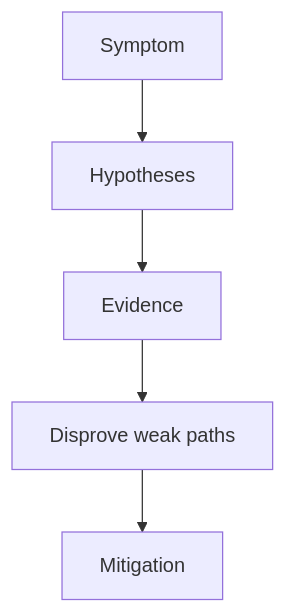
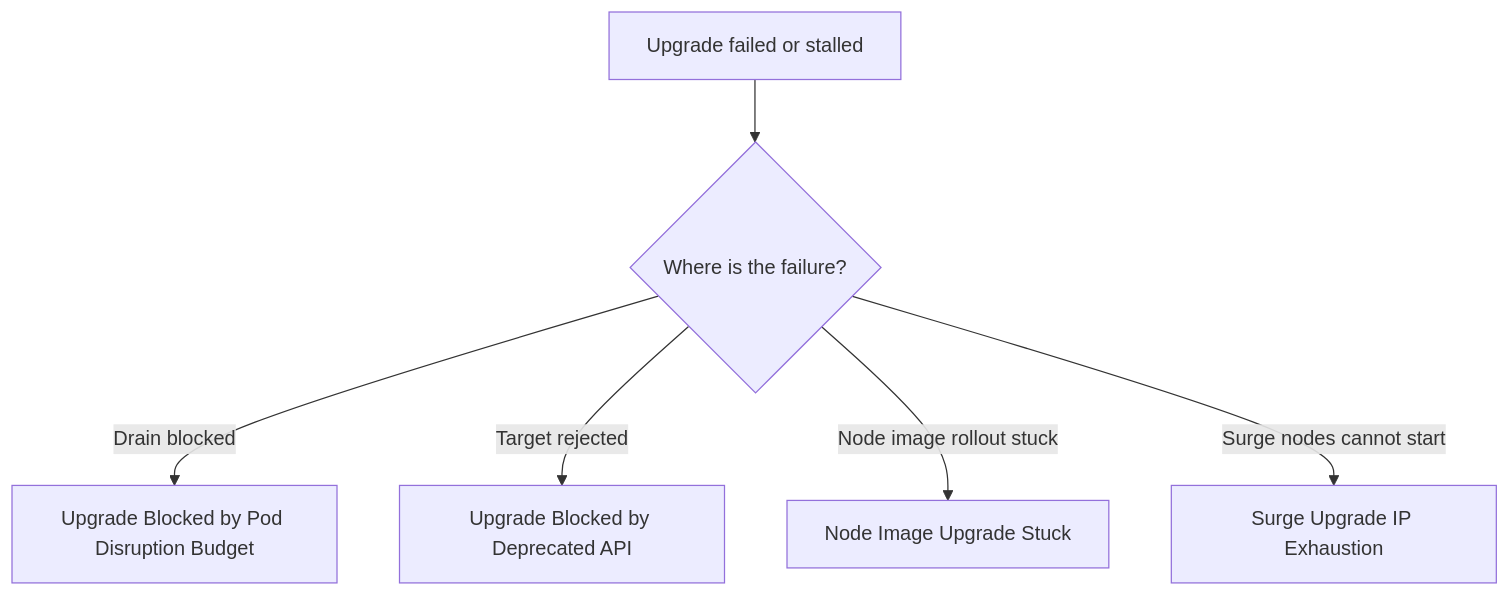
Before and after one commit to yeongseon/azure-kubernetes-service-practical-guide: the diagram in docs/troubleshooting/playbooks/operations/upgrade-failure.md, drawn with Mermaid. The commit also changed other lines of this file and 14 other files, not shown here.

````diff
--- a/docs/troubleshooting/playbooks/operations/upgrade-failure.md
+++ b/docs/troubleshooting/playbooks/operations/upgrade-failure.md
@@ -40,7 +40,8 @@
 ```mermaid
 flowchart TD
-    A[Symptom] --> B[Hypotheses]
-    B --> C[Evidence]
-    C --> D[Disprove weak paths]
-    D --> E[Mitigation]
+    A[Upgrade failed or stalled] --> B{Where is the failure?}
+    B -->|Drain blocked| C[Upgrade Blocked by Pod Disruption Budget]
+    B -->|Target rejected| D[Upgrade Blocked by Deprecated API]
+    B -->|Node image rollout stuck| E[Node Image Upgrade Stuck]
+    B -->|Surge nodes cannot start| F[Surge Upgrade IP Exhaustion]
 ```
````
